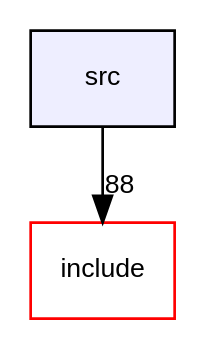
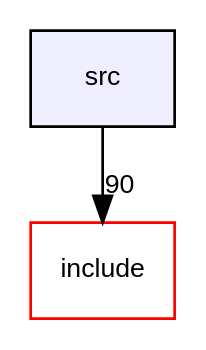
Before and after one commit to scottperkins/gw_analysis_tools: the diagram in docs/dir_68267d1309a1af8e8297ef4c3efbcdba_dep.dot, drawn with Graphviz. The commit also changed 248 other files, not shown here.

```diff
--- a/docs/dir_68267d1309a1af8e8297ef4c3efbcdba_dep.dot
+++ b/docs/dir_68267d1309a1af8e8297ef4c3efbcdba_dep.dot
@@ -1,8 +1,8 @@
 digraph "src" {
   compound=true
   node [ fontsize="10", fontname="Helvetica"];
   edge [ labelfontsize="10", labelfontname="Helvetica"];
   dir_68267d1309a1af8e8297ef4c3efbcdba [shape=box, label="src", style="filled", fillcolor="#eeeeff", pencolor="black", URL="dir_68267d1309a1af8e8297ef4c3efbcdba.html"];
   dir_d44c64559bbebec7f509842c48db8b23 [shape=box label="include" fillcolor="white" style="filled" color="red" URL="dir_d44c64559bbebec7f509842c48db8b23.html"];
-  dir_68267d1309a1af8e8297ef4c3efbcdba->dir_d44c64559bbebec7f509842c48db8b23 [headlabel="88", labeldistance=1.5 headhref="dir_000002_000000.html"];
+  dir_68267d1309a1af8e8297ef4c3efbcdba->dir_d44c64559bbebec7f509842c48db8b23 [headlabel="90", labeldistance=1.5 headhref="dir_000002_000000.html"];
 }
```
